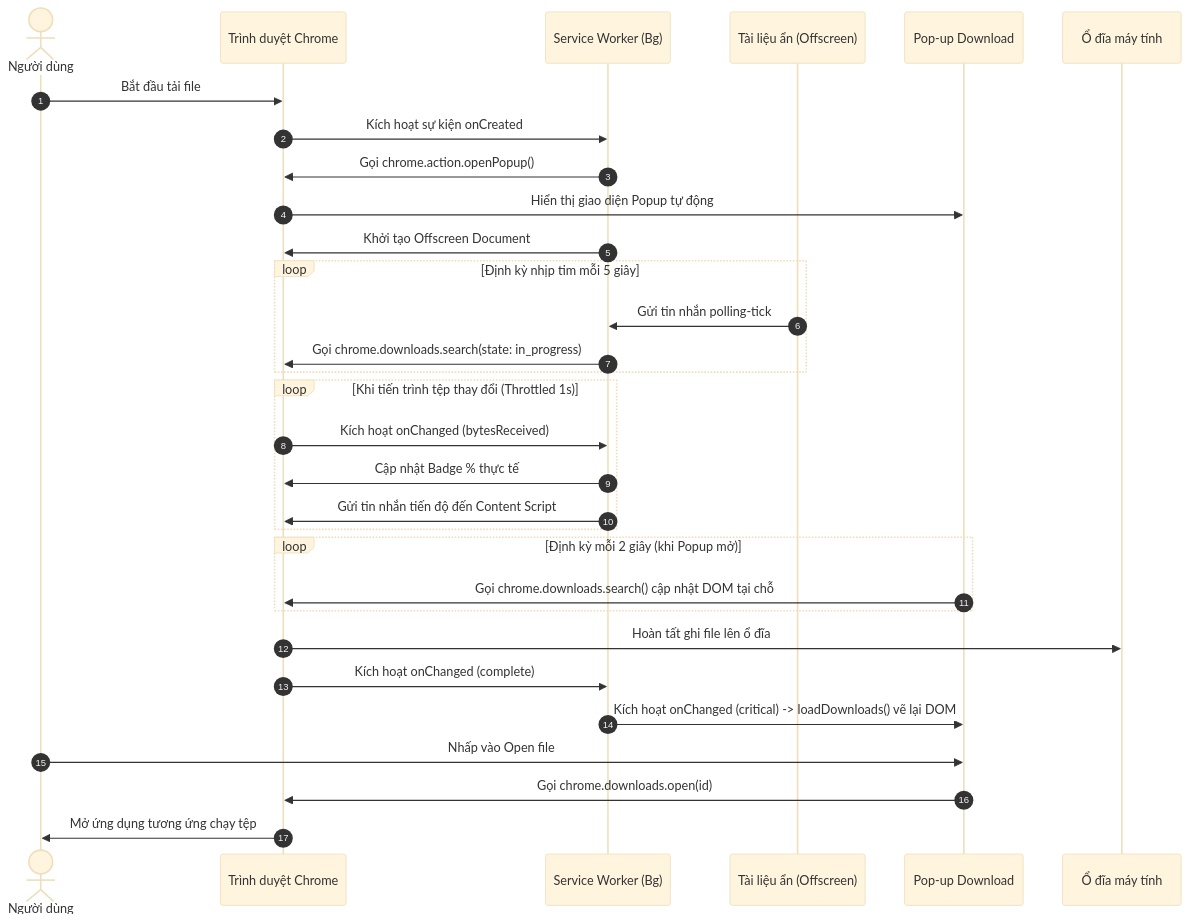
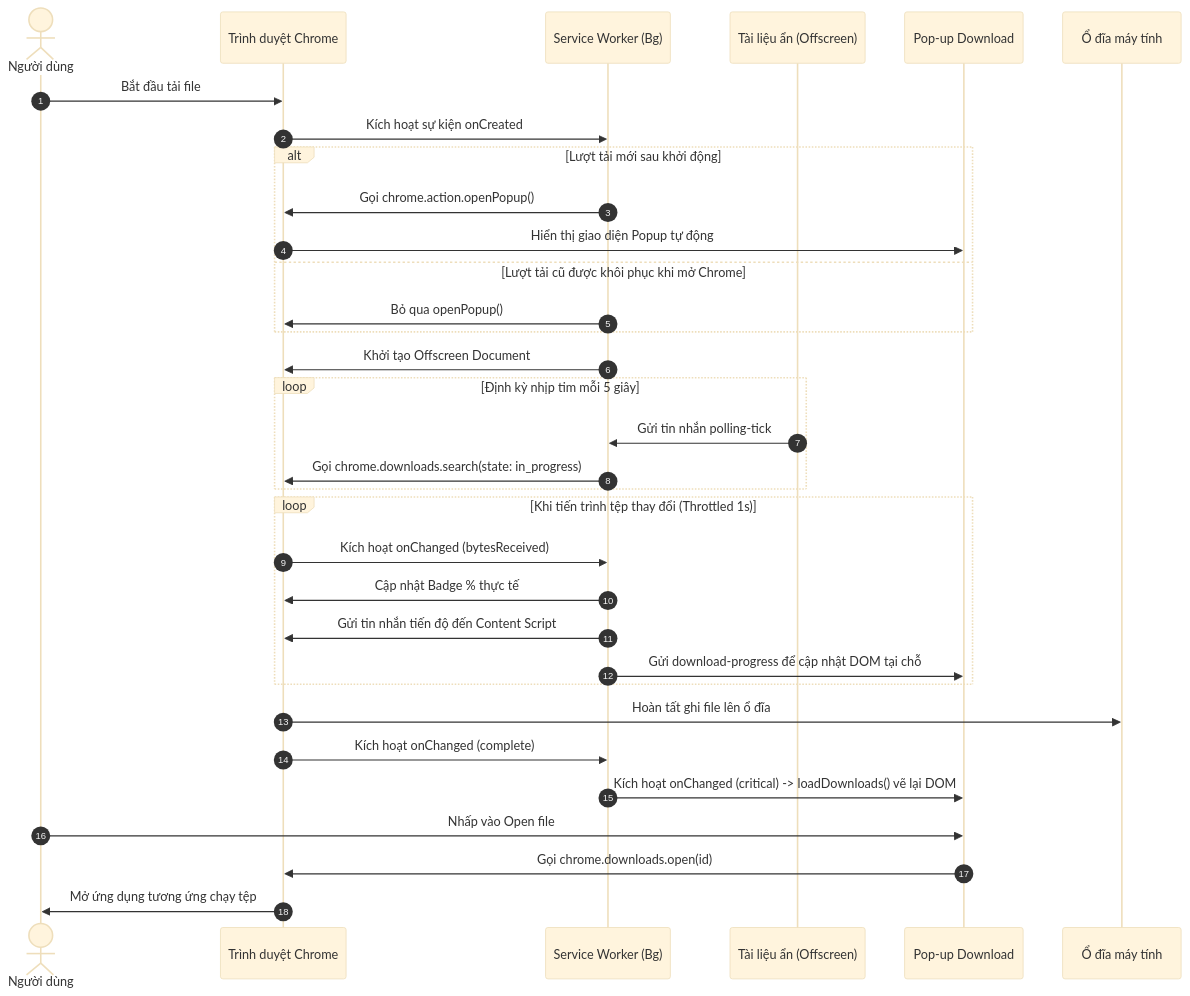
Before and after one commit to CodeingOver/CustomeDownLoad-HistoryExtensionForChrome: the second of 2 diagrams in docs/architecture.md, drawn with Mermaid (base theme). The commit also changed other lines of this file and 8 other files, not shown here.

First line of the commit message:
feat: Enhance EdgeDownloadsPopup and EdgeHistoryPopup with improved event-driven updates and UI optimizations

````diff
--- a/docs/architecture.md
+++ b/docs/architecture.md
@@ -154,34 +154,36 @@
 ```mermaid
 sequenceDiagram
     autonumber
     actor User as Người dùng
     participant Chrome as Trình duyệt Chrome
     participant SW as Service Worker (Bg)
     participant Offscreen as Tài liệu ẩn (Offscreen)
     participant Pop as Pop-up Download
     participant Disk as Ổ đĩa máy tính
 
     User->>Chrome: Bắt đầu tải file
     Chrome->>SW: Kích hoạt sự kiện onCreated
-    SW->>Chrome: Gọi chrome.action.openPopup()
-    Chrome->>Pop: Hiển thị giao diện Popup tự động
+    alt Lượt tải mới sau khởi động
+        SW->>Chrome: Gọi chrome.action.openPopup()
+        Chrome->>Pop: Hiển thị giao diện Popup tự động
+    else Lượt tải cũ được khôi phục khi mở Chrome
+        SW->>Chrome: Bỏ qua openPopup()
+    end
     SW->>Chrome: Khởi tạo Offscreen Document
     loop Định kỳ nhịp tim mỗi 5 giây
         Offscreen->>SW: Gửi tin nhắn polling-tick
         SW->>Chrome: Gọi chrome.downloads.search(state: in_progress)
     end
     loop Khi tiến trình tệp thay đổi (Throttled 1s)
         Chrome->>SW: Kích hoạt onChanged (bytesReceived)
         SW->>Chrome: Cập nhật Badge % thực tế
         SW->>Chrome: Gửi tin nhắn tiến độ đến Content Script
-    end
-    loop Định kỳ mỗi 2 giây (khi Popup mở)
-        Pop->>Chrome: Gọi chrome.downloads.search() cập nhật DOM tại chỗ
+        SW->>Pop: Gửi download-progress để cập nhật DOM tại chỗ
     end
     Chrome->>Disk: Hoàn tất ghi file lên ổ đĩa
     Chrome->>SW: Kích hoạt onChanged (complete)
     SW->>Pop: Kích hoạt onChanged (critical) -> loadDownloads() vẽ lại DOM
     User->>Pop: Nhấp vào Open file
     Pop->>Chrome: Gọi chrome.downloads.open(id)
     Chrome->>User: Mở ứng dụng tương ứng chạy tệp
 ```
````
